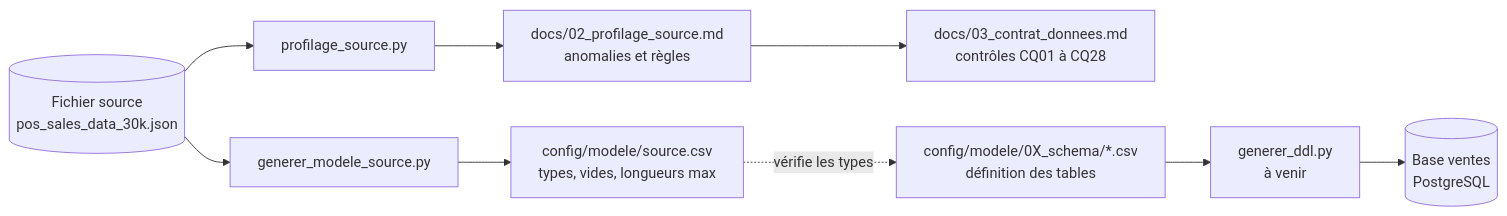
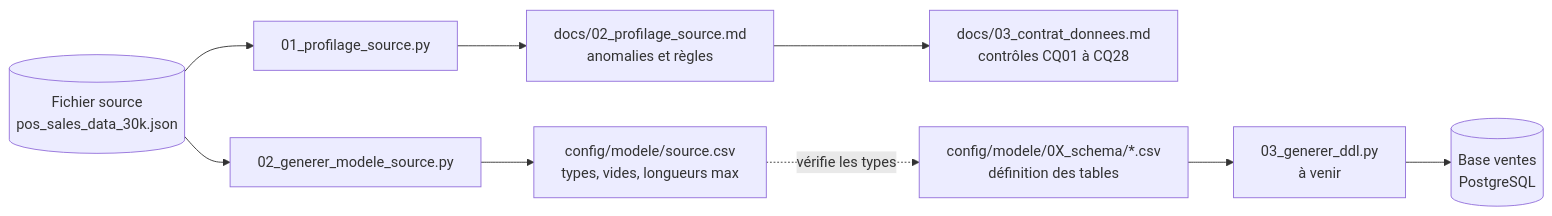
One commit to cnanaj-wq/lab-sales-analysis changed the first of 3 diagrams in scripts/README.md. Above: the diagram before and after it, drawn with Mermaid. The commit also changed other lines of this file and 6 other files, not shown here.

````diff
--- a/scripts/README.md
+++ b/scripts/README.md
@@ -22,17 +22,17 @@
 ```mermaid
 flowchart LR
     json[("Fichier source<br/>pos_sales_data_30k.json")]
-    prof["profilage_source.py"]
+    prof["01_profilage_source.py"]
     doc["docs/02_profilage_source.md<br/>anomalies et règles"]
     contrat["docs/03_contrat_donnees.md<br/>contrôles CQ01 à CQ28"]
-    gen["generer_modele_source.py"]
+    gen["02_generer_modele_source.py"]
     src["config/modele/source.csv<br/>types, vides, longueurs max"]
     tables["config/modele/0X_schema/*.csv<br/>définition des tables"]
-    ddl["generer_ddl.py<br/>à venir"]
+    ddl["03_generer_ddl.py<br/>à venir"]
     base[("Base ventes<br/>PostgreSQL")]
 
     json --> prof --> doc --> contrat
     json --> gen --> src
     src -. "vérifie les types" .-> tables
     tables --> ddl --> base
 ```
````
